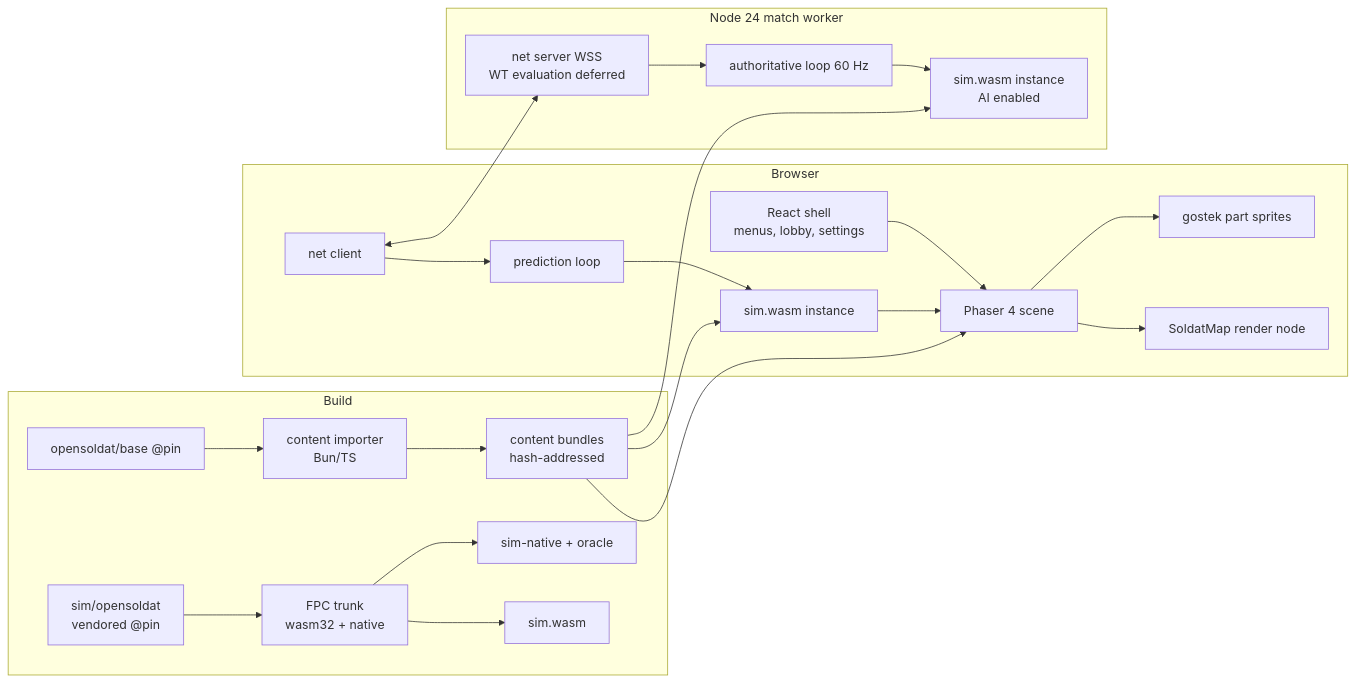
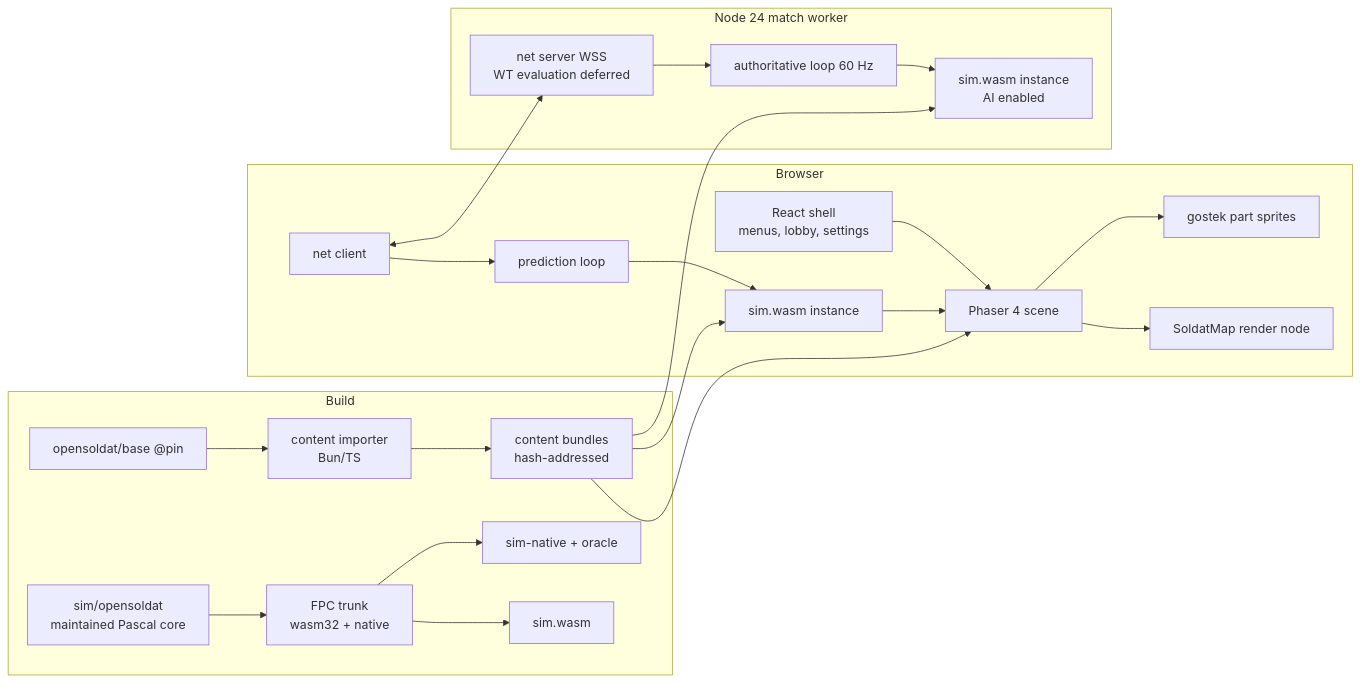
The diagram in SPEC.md (l3wi/soldat-web), drawn with Mermaid before and after one commit. The commit also changed other lines of this file and 410 other files, not shown here.

````diff
--- a/SPEC.md
+++ b/SPEC.md
@@ -73,26 +75,26 @@
 ```mermaid
 flowchart LR
   subgraph Build
     BASE[opensoldat/base @pin] --> IMP[content importer<br/>Bun/TS]
-    OS[sim/opensoldat<br/>vendored @pin] --> FPC[FPC trunk<br/>wasm32 + native]
+    OS[sim/opensoldat<br/>maintained Pascal core] --> FPC[FPC trunk<br/>wasm32 + native]
     FPC --> WASM[sim.wasm]
     FPC --> NAT[sim-native + oracle]
     IMP --> BUNDLE[content bundles<br/>hash-addressed]
   end
   subgraph Browser
     REACT[React shell<br/>menus, lobby, settings] --> PH[Phaser 4 scene]
     PH --> MAPN[SoldatMap render node]
     PH --> GOS[gostek part sprites]
     NETC[net client] --> PRED[prediction loop]
     PRED --> SIMC[sim.wasm instance]
     SIMC --> PH
   end
   subgraph Server[Node 24 match worker]
     NETS[net server WSS<br/>WT evaluation deferred] --> AUTH[authoritative loop 60 Hz]
     AUTH --> SIMS[sim.wasm instance<br/>AI enabled]
   end
   BUNDLE --> PH
   BUNDLE --> SIMC
   BUNDLE --> SIMS
   NETC <--> NETS
 ```
````
